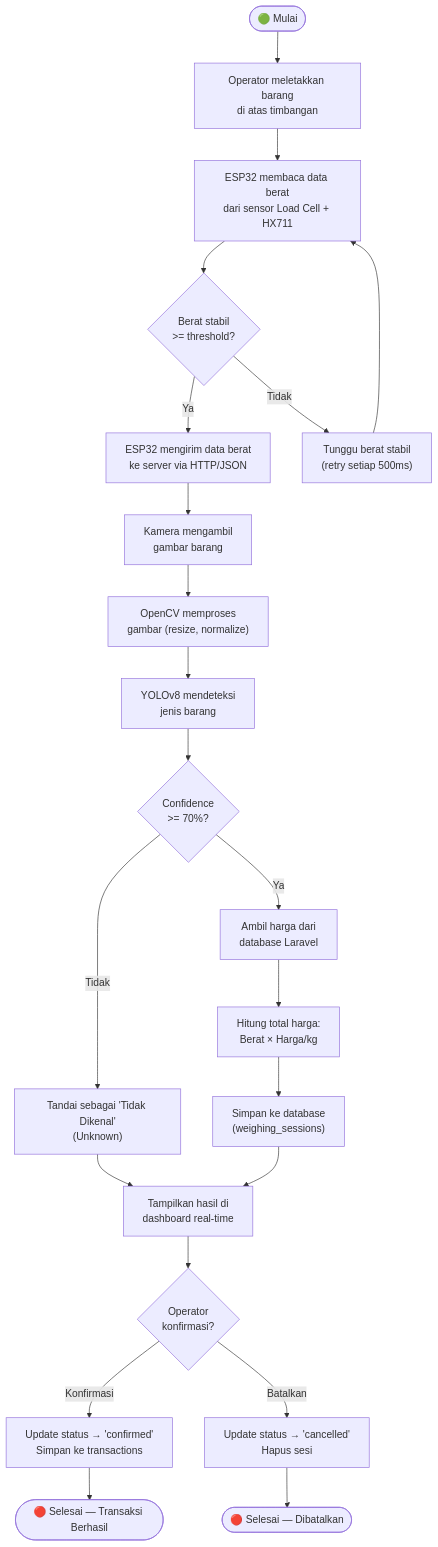
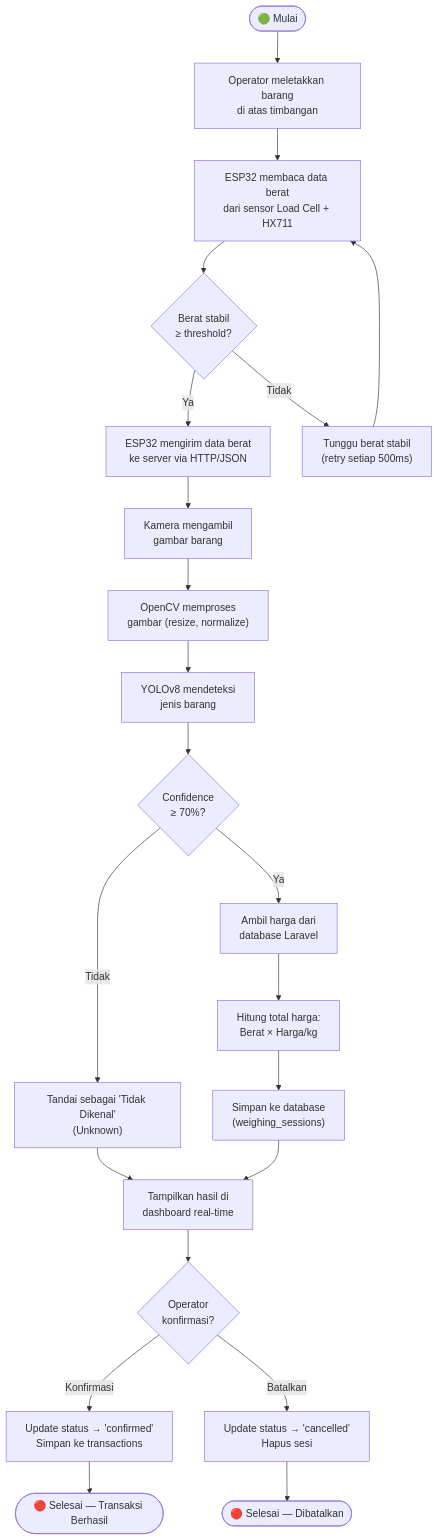
The second of 8 diagrams in diagram_uml.md (algar12/MAGANG_PT_BINA), drawn with Mermaid before and after one commit. The commit also changed other lines of this file and 2 other files, not shown here.

Commit message:
✨ Update: Tambah AlatDanBahan.md, perbaiki diagram UML, dan perluas section Alat & Bahan di proposal

````diff
--- a/diagram_uml.md
+++ b/diagram_uml.md
@@ -58,45 +58,45 @@
 ```mermaid
 flowchart TD
     Start(["🟢 Mulai"])
     A["Operator meletakkan barang\ndi atas timbangan"]
     B["ESP32 membaca data berat\ndari sensor Load Cell + HX711"]
-    C{Berat stabil\n>= threshold?}
+    C{Berat stabil\n≥ threshold?}
     D["ESP32 mengirim data berat\nke server via HTTP/JSON"]
     E["Kamera mengambil\ngambar barang"]
     F["OpenCV memproses\ngambar (resize, normalize)"]
     G["YOLOv8 mendeteksi\njenis barang"]
-    H{Confidence\n>= 70%?}
+    H{Confidence\n≥ 70%?}
     I["Tandai sebagai 'Tidak Dikenal'\n(Unknown)"]
     J["Ambil harga dari\ndatabase Laravel"]
     K["Hitung total harga:\nBerat × Harga/kg"]
     L["Simpan ke database\n(weighing_sessions)"]
     M["Tampilkan hasil di\ndashboard real-time"]
     N{Operator\nkonfirmasi?}
     O["Update status → 'confirmed'\nSimpan ke transactions"]
     P["Update status → 'cancelled'\nHapus sesi"]
     End1(["🔴 Selesai — Transaksi Berhasil"])
     End2(["🔴 Selesai — Dibatalkan"])
     Wait["Tunggu berat stabil\n(retry setiap 500ms)"]
 
     Start --> A
     A --> B
     B --> C
     C -- "Tidak" --> Wait
     Wait --> B
     C -- "Ya" --> D
     D --> E
     E --> F
     F --> G
     G --> H
     H -- "Ya" --> J
     H -- "Tidak" --> I
     I --> M
     J --> K
     K --> L
     L --> M
     M --> N
     N -- "Konfirmasi" --> O
     N -- "Batalkan" --> P
     O --> End1
     P --> End2
 ```
````
